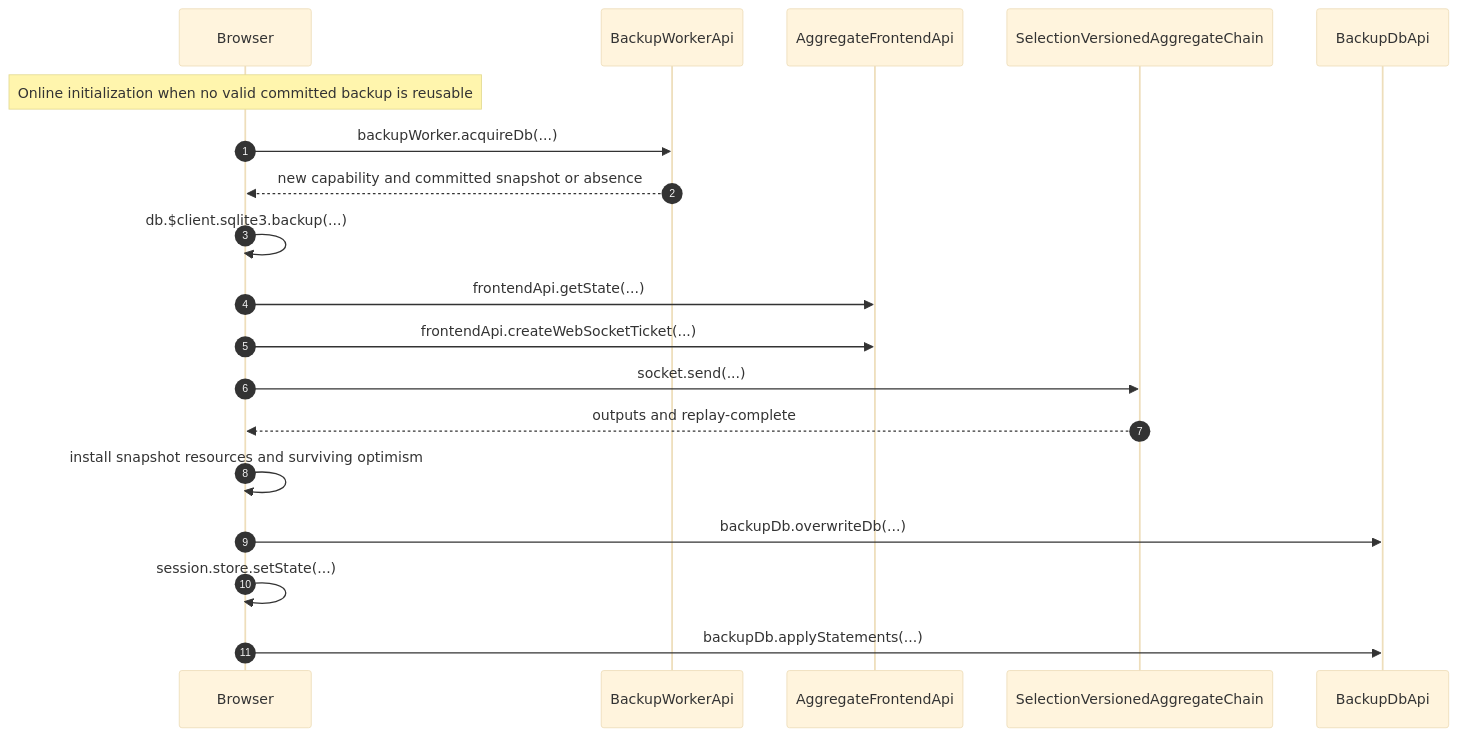
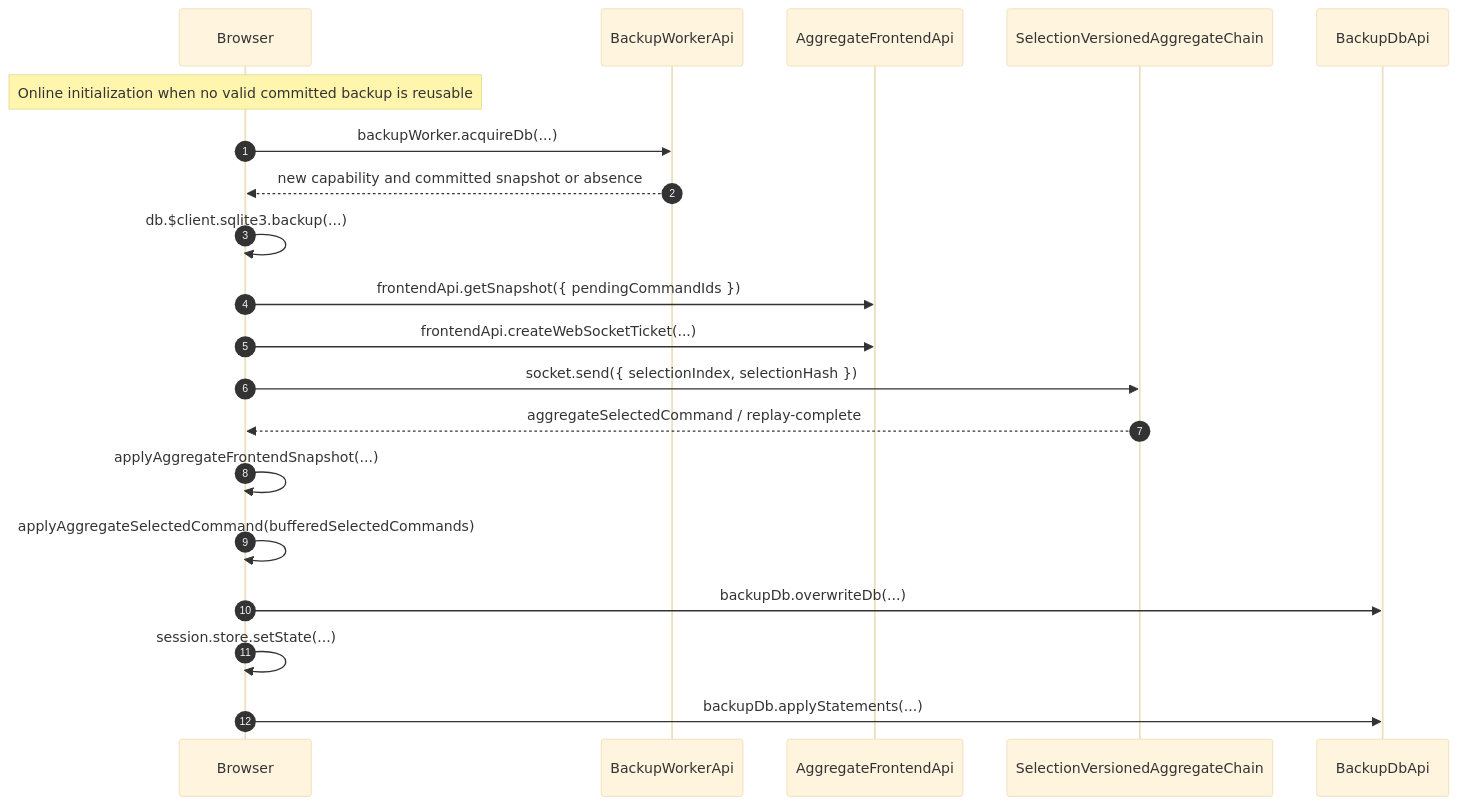
The diagram in wiki/architecture/browser/bootstrapBrowserSession.md (morgs32/qrk.sh), drawn with Mermaid (base theme) before and after one commit. The commit also changed other lines of this file and 212 other files, not shown here.

````diff
--- a/wiki/architecture/browser/bootstrapBrowserSession.md
+++ b/wiki/architecture/browser/bootstrapBrowserSession.md
@@ -45,31 +47,33 @@
 ```mermaid
 sequenceDiagram
   participant Browser
   participant BackupWorkerApi
   participant AggregateFrontendApi
   participant SelectionVersionedAggregateChain
   participant BackupDbApi
   Note over Browser: Online initialization when no valid committed backup is reusable
   autonumber 1
   Browser->>BackupWorkerApi: backupWorker.acquireDb(...)
   autonumber 2
   BackupWorkerApi-->>Browser: new capability and committed snapshot or absence
   autonumber 3
   Browser->>Browser: db.$client.sqlite3.backup(...)
   autonumber 4
-  Browser->>AggregateFrontendApi: frontendApi.getState(...)
+  Browser->>AggregateFrontendApi: frontendApi.getSnapshot({ pendingCommandIds })
   autonumber 5
   Browser->>AggregateFrontendApi: frontendApi.createWebSocketTicket(...)
   autonumber 6
-  Browser->>SelectionVersionedAggregateChain: socket.send(...)
+  Browser->>SelectionVersionedAggregateChain: socket.send({ selectionIndex, selectionHash })
   autonumber 7
-  SelectionVersionedAggregateChain-->>Browser: outputs and replay-complete
+  SelectionVersionedAggregateChain-->>Browser: aggregateSelectedCommand / replay-complete
   autonumber 8
-  Browser->>Browser: install snapshot resources and surviving optimism
+  Browser->>Browser: applyAggregateFrontendSnapshot(...)
   autonumber 9
+  Browser->>Browser: applyAggregateSelectedCommand(bufferedSelectedCommands)
+  autonumber 10
   Browser->>BackupDbApi: backupDb.overwriteDb(...)
-  autonumber 10
+  autonumber 11
   Browser->>Browser: session.store.setState(...)
-  autonumber 11
+  autonumber 12
   Browser->>BackupDbApi: backupDb.applyStatements(...)
 ```
````
